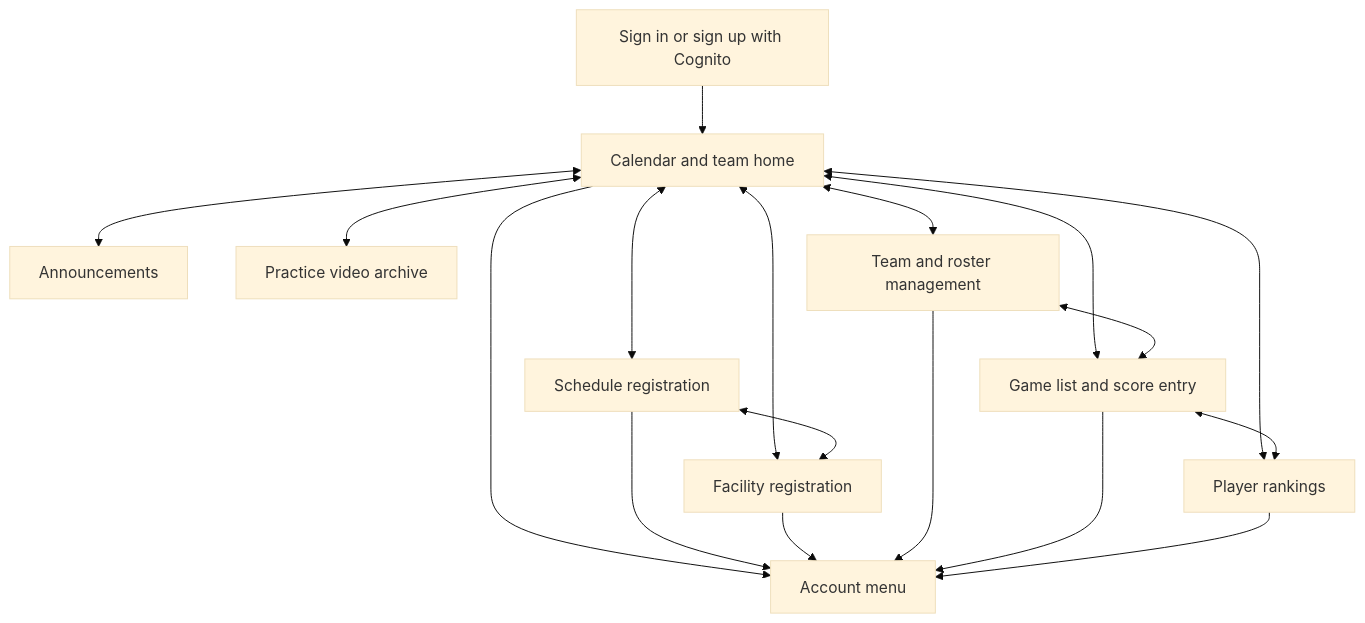
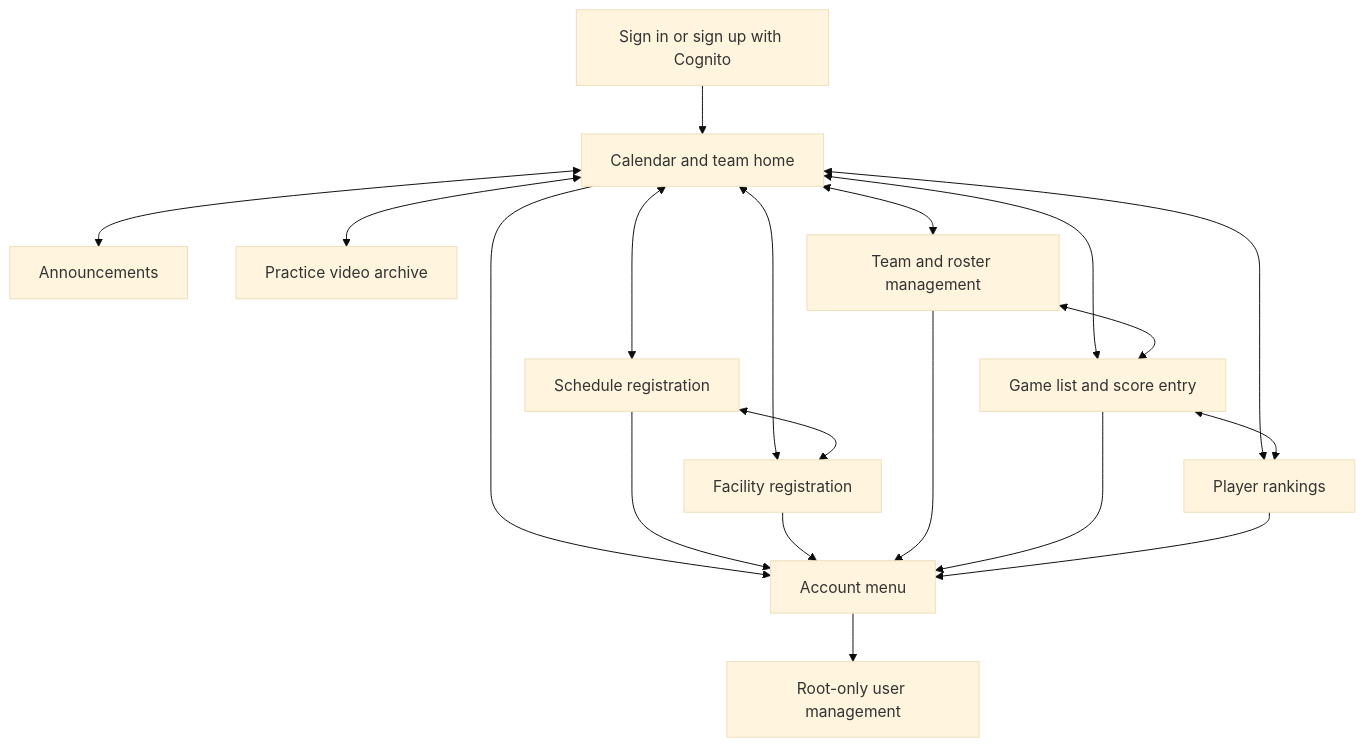
Before and after one commit to leonard002-sas/basket-schedule-app-lambda: the diagram in docs/screen-flow.md, drawn with Mermaid (base theme). The commit also changed other lines of this file and 30 other files, not shown here.

````diff
--- a/docs/screen-flow.md
+++ b/docs/screen-flow.md
@@ -5,31 +5,33 @@
 ```mermaid
 flowchart TD
     Login[Sign in or sign up with Cognito]
     Calendar[Calendar and team home]
     Announcements[Announcements]
     Videos[Practice video archive]
     Schedule[Schedule registration]
     Facility[Facility registration]
     Teams[Team and roster management]
     Games[Game list and score entry]
     Rankings[Player rankings]
     Account[Account menu]
+    UserAdmin[Root-only user management]
 
     Login --> Calendar
     Calendar <--> Announcements
     Calendar <--> Videos
     Calendar <--> Schedule
     Calendar <--> Facility
     Calendar <--> Teams
     Calendar <--> Games
     Calendar <--> Rankings
     Schedule <--> Facility
     Teams <--> Games
     Games <--> Rankings
     Calendar --> Account
     Schedule --> Account
     Facility --> Account
     Teams --> Account
     Games --> Account
     Rankings --> Account
+    Account --> UserAdmin
 ```
````
